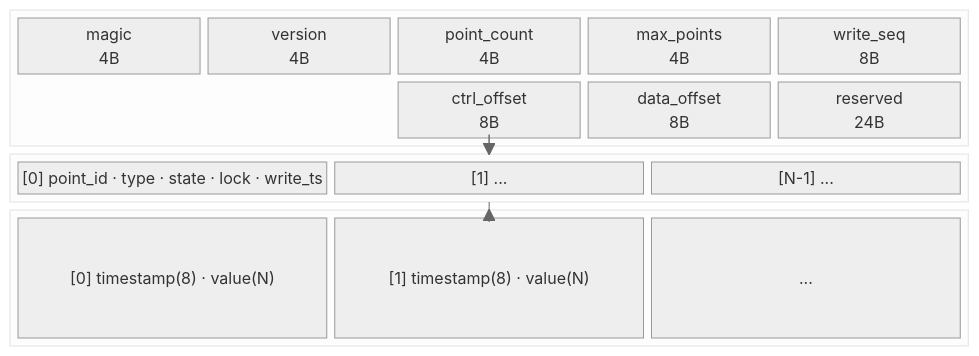
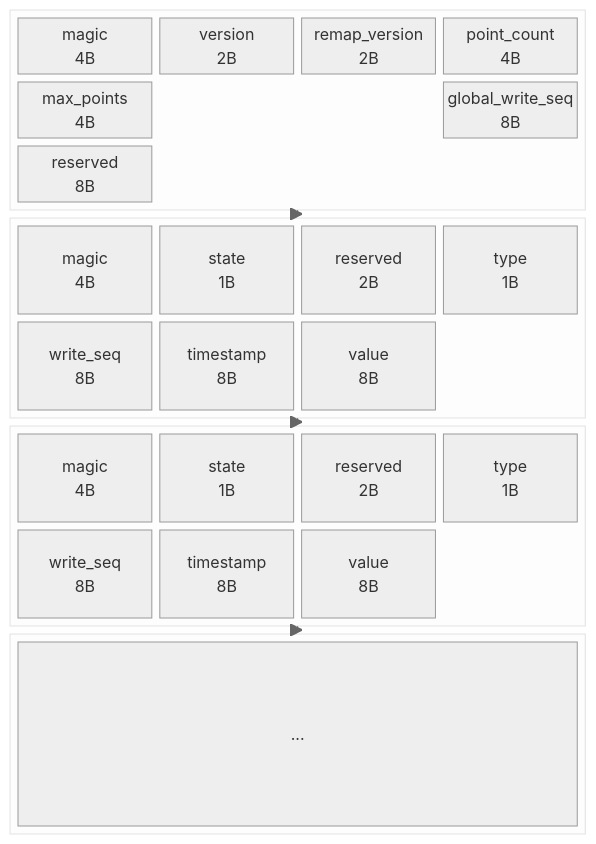
One commit to activesys/c4 changed the third of 10 diagrams in docs/design/c4_architecture.md. Above: the diagram before and after it, drawn with Mermaid (neutral theme). The commit also changed other lines of this file and 2 other files, not shown here.

````diff
--- a/docs/design/c4_architecture.md
+++ b/docs/design/c4_architecture.md
@@ -191,31 +194,43 @@
 ```mermaid
 block-beta
     columns 1
     block:Header
-        columns 5
-        magic["magic\n4B"]
-        version["version\n4B"]
-        pc["point_count\n4B"]
-        mp["max_points\n4B"]
-        ws["write_seq\n8B"]
+        columns 4
+        h_magic["magic\n4B"]
+        h_ver["version\n2B"]
+        h_rver["remap_version\n2B"]
+        h_pc["point_count\n4B"]
+        h_mp["max_points\n4B"]
         space
         space
-        co["ctrl_offset\n8B"]
-        doff["data_offset\n8B"]
-        reserved["reserved\n24B"]
+        h_wseq["global_write_seq\n8B"]
+        h_resv["reserved\n8B"]
     end
-    block:ControlArray
-        columns 5
-        p0["[0] point_id · type · state · lock · write_ts"]
-        p1["[1] ..."]
-        pn["[N-1] ..."]
+    block:Block1
+        columns 4
+        b1_m["magic\n4B"]
+        b1_s["state\n1B"]
+        b1_r["reserved\n2B"]
+        b1_t["type\n1B"]
+        b1_w["write_seq\n8B"]
+        b1_ts["timestamp\n8B"]
+        b1_val["value\n8B"]
     end
-    block:DataArena
-        columns 5
-        d0["[0] timestamp(8) · value(N)"]
-        d1["[1] timestamp(8) · value(N)"]
-        dn["..."]
+    block:Block2
+        columns 4
+        b2_m["magic\n4B"]
+        b2_s["state\n1B"]
+        b2_r["reserved\n2B"]
+        b2_t["type\n1B"]
+        b2_w["write_seq\n8B"]
+        b2_ts["timestamp\n8B"]
+        b2_val["value\n8B"]
     end
-    Header --> ControlArray
-    ControlArray --> DataArena
+    block:BlockN
+        columns 1
+        bn["..."]
+    end
+    Header --> Block1
+    Block1 --> Block2
+    Block2 --> BlockN
 ```
````
